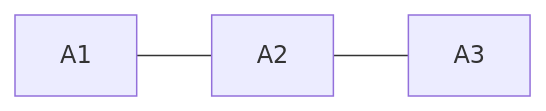
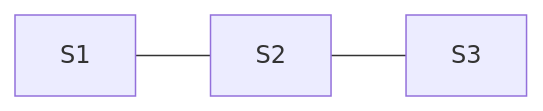
One commit to input-output-hk/catalyst-libs changed the second of 5 diagrams in rust/rbac-registration/examples.md. Above: the diagram before and after it, drawn with Mermaid. The commit also changed other lines of this file, not shown here.

````diff
--- a/rust/rbac-registration/examples.md
+++ b/rust/rbac-registration/examples.md
@@ -34,4 +34,4 @@
 ```mermaid
 flowchart LR
-    Root[A1] --- R1[A2] --- R2[A3]
+    Root[S1] --- R1[S2] --- R2[S3]
 ```
````
